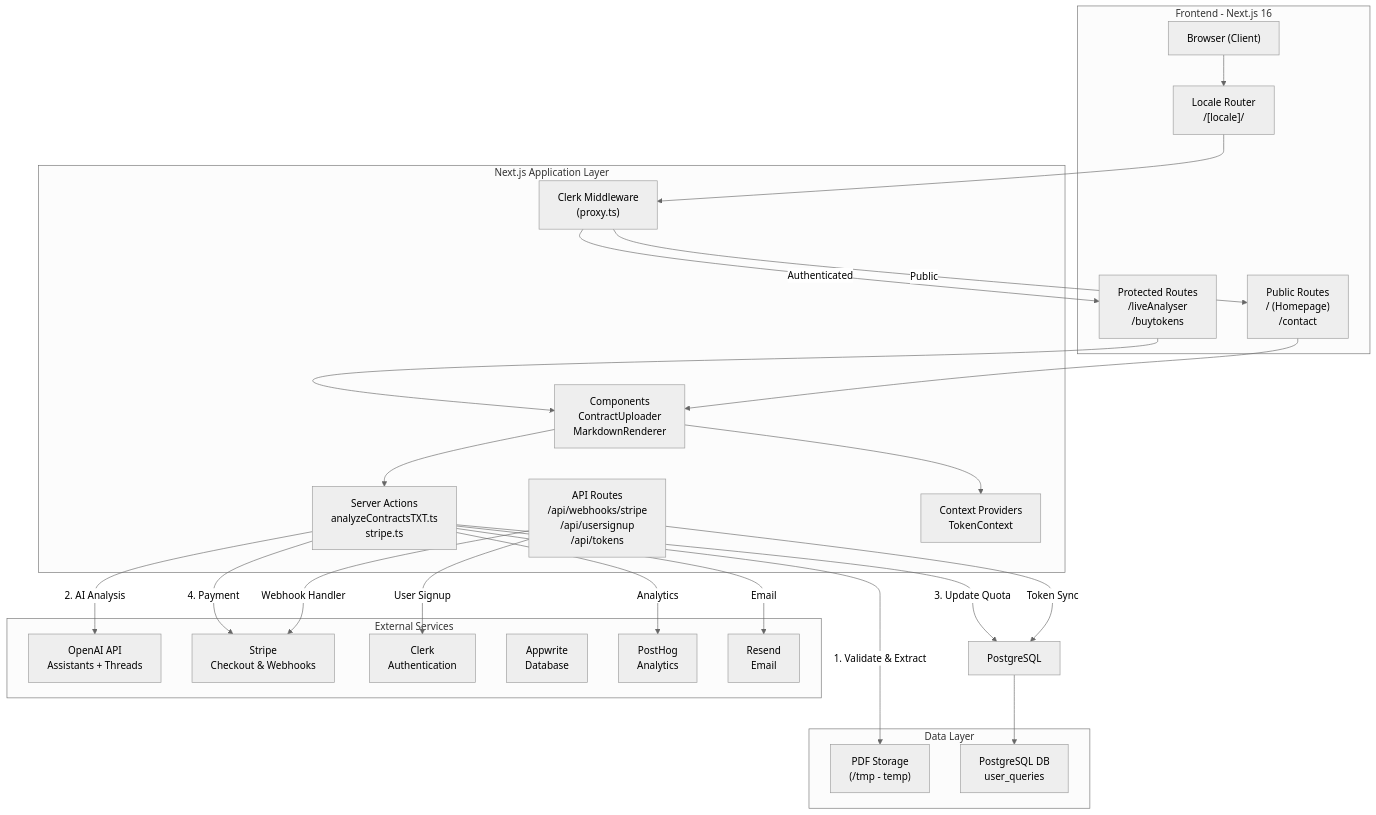
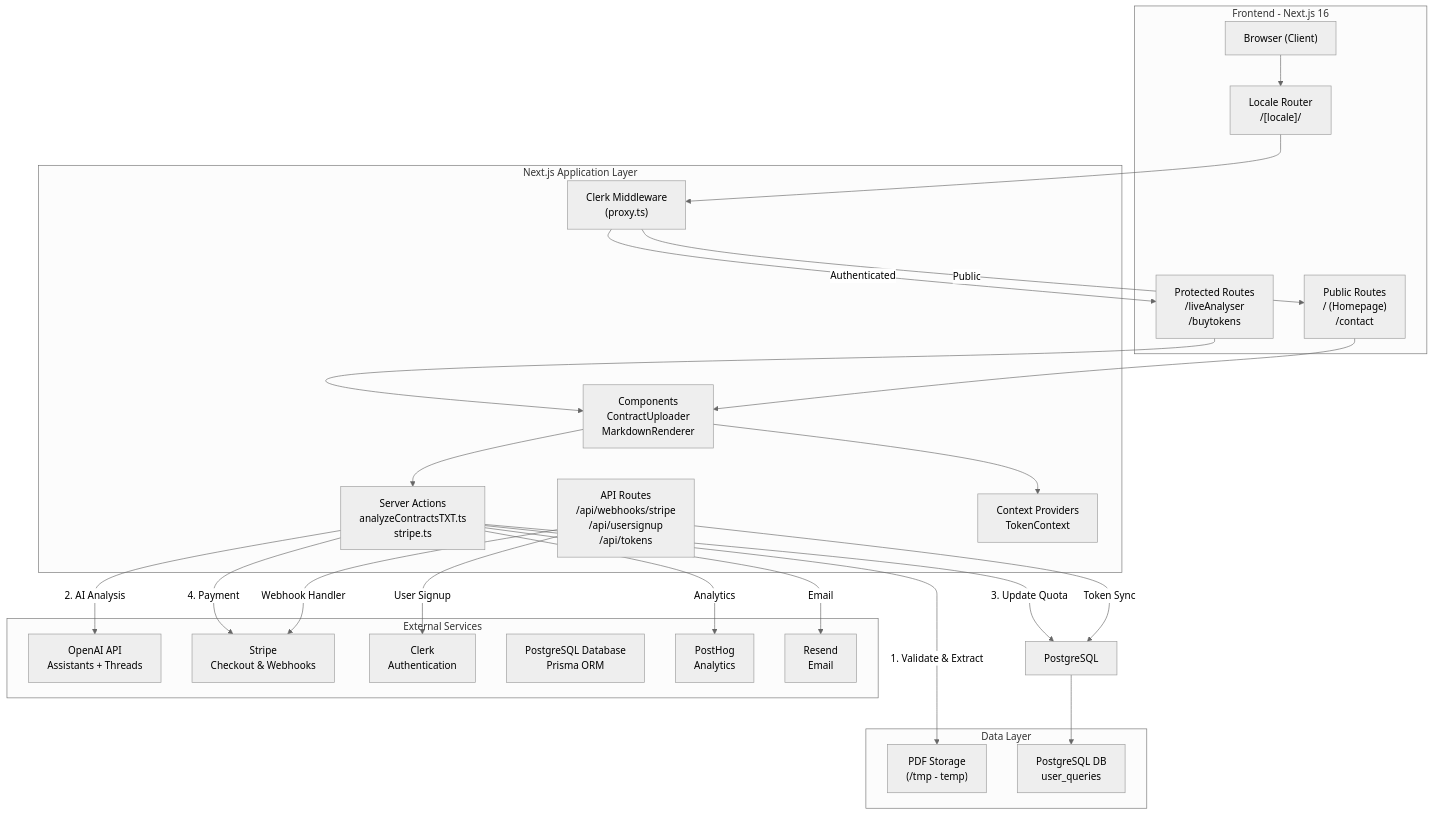
Before and after one commit to duzhongli-d/contractagent: the first of 3 diagrams in docs/architecture/SYSTEM_OVERVIEW.md, drawn with Mermaid (neutral theme). The commit also changed 5 other files, not shown here.

````diff
--- a/docs/architecture/SYSTEM_OVERVIEW.md
+++ b/docs/architecture/SYSTEM_OVERVIEW.md
@@ -25,57 +25,57 @@
 ```mermaid
 graph TB
     subgraph Client["Frontend - Next.js 16"]
         Browser["Browser (Client)"]
         LocaleRouter["Locale Router<br/>/[locale]/"]
         ProtectedRoutes["Protected Routes<br/>/liveAnalyser<br/>/buytokens"]
         PublicRoutes["Public Routes<br/>/ (Homepage)<br/>/contact"]
     end
 
     subgraph NextJS["Next.js Application Layer"]
         Middleware["Clerk Middleware<br/>(proxy.ts)"]
         ServerActions["Server Actions<br/>analyzeContractsTXT.ts<br/>stripe.ts"]
         APIRoutes["API Routes<br/>/api/webhooks/stripe<br/>/api/usersignup<br/>/api/tokens"]
         Components["Components<br/>ContractUploader<br/>MarkdownRenderer"]
         Context["Context Providers<br/>TokenContext"]
     end
 
     subgraph ExternalServices["External Services"]
         OpenAI["OpenAI API<br/>Assistants + Threads"]
         Stripe["Stripe<br/>Checkout & Webhooks"]
         Clerk["Clerk<br/>Authentication"]
-        Appwrite["Appwrite<br/>Database"]
+        PostgreSQL_DB["PostgreSQL Database<br/>Prisma ORM"]
         PostHog["PostHog<br/>Analytics"]
         Resend["Resend<br/>Email"]
     end
 
     subgraph DataLayer["Data Layer"]
         PDFs["PDF Storage<br/>(/tmp - temp)"]
         DB["PostgreSQL DB<br/>user_queries"]
     end
 
     Browser --> LocaleRouter
     LocaleRouter --> Middleware
 
     Middleware -->|Authenticated| ProtectedRoutes
     Middleware -->|Public| PublicRoutes
 
     ProtectedRoutes --> Components
     PublicRoutes --> Components
 
     Components --> ServerActions
     Components --> Context
 
     ServerActions -->|1. Validate & Extract| PDFs
     ServerActions -->|2. AI Analysis| OpenAI
     ServerActions -->|3. Update Quota| PostgreSQL
     ServerActions -->|4. Payment| Stripe
 
     APIRoutes -->|Webhook Handler| Stripe
     APIRoutes -->|Token Sync| PostgreSQL
     APIRoutes -->|User Signup| Clerk
 
     ServerActions -->|Analytics| PostHog
     ServerActions -->|Email| Resend
 
     PostgreSQL --> DB
 ```
````
